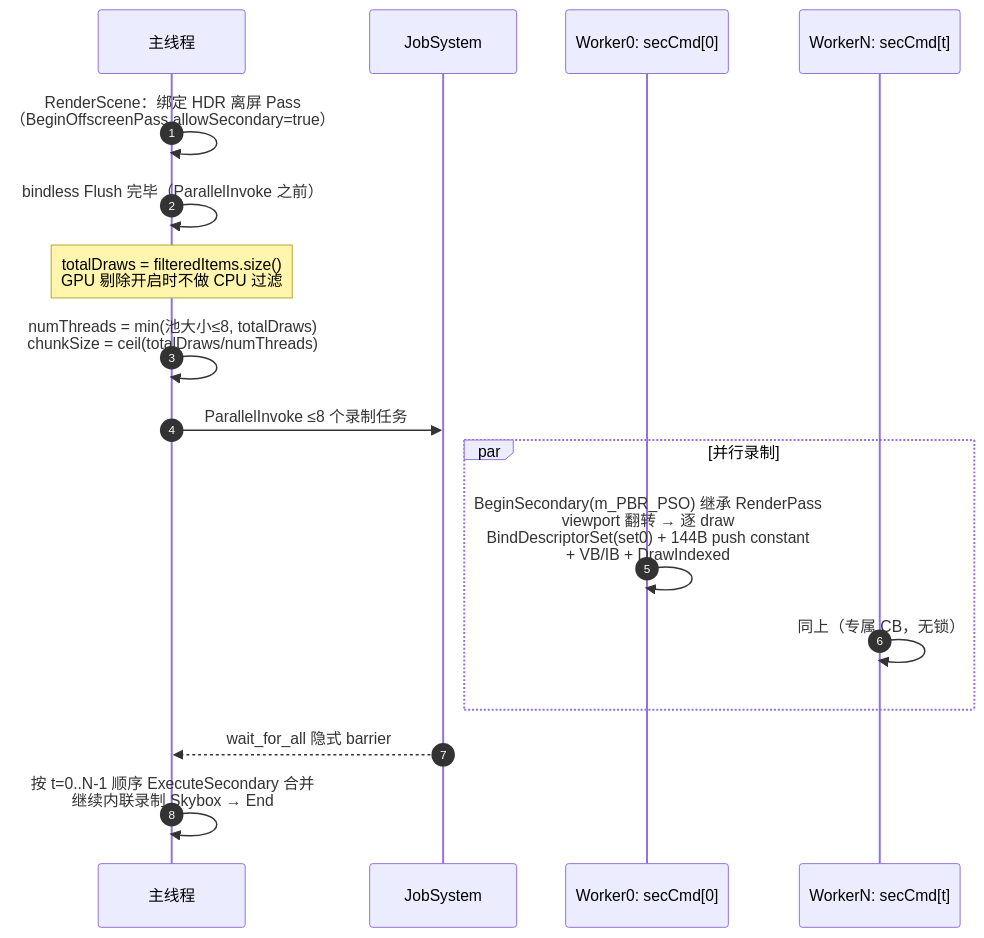
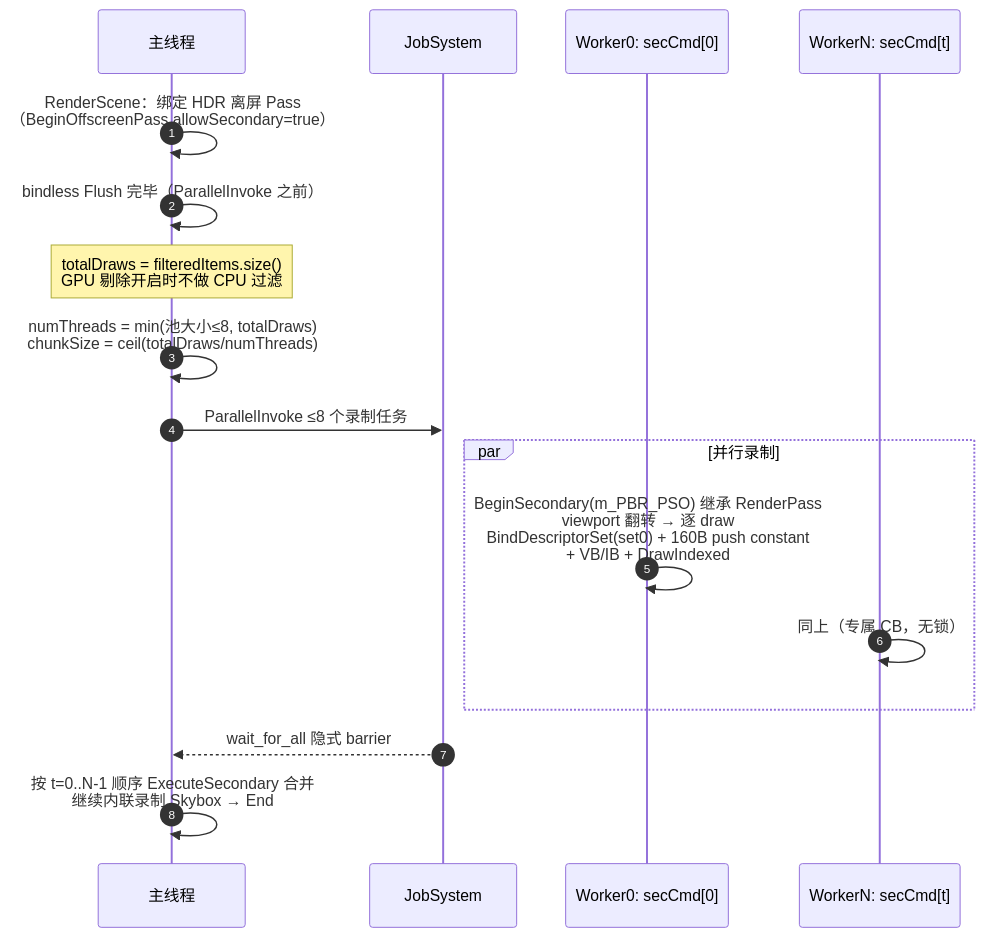
Before and after one commit to huguozhu/HugEngine: the fourth of 7 diagrams in docs/HugEngine引擎介绍/HugEngine多线程渲染实现分析.md, drawn with Mermaid. The commit also changed other lines of this file and 1 other file, not shown here.

````diff
--- a/docs/HugEngine引擎介绍/HugEngine多线程渲染实现分析.md
+++ b/docs/HugEngine引擎介绍/HugEngine多线程渲染实现分析.md
@@ -192,20 +196,20 @@
 ```mermaid
 sequenceDiagram
     autonumber
     participant Main as 主线程
     participant Job as JobSystem
     participant W0 as Worker0: secCmd[0]
     participant WN as WorkerN: secCmd[t]
 
     Main->>Main: RenderScene：绑定 HDR 离屏 Pass<br/>（BeginOffscreenPass allowSecondary=true）
     Main->>Main: bindless Flush 完毕（ParallelInvoke 之前）
     Note over Main: totalDraws = filteredItems.size()<br/>GPU 剔除开启时不做 CPU 过滤
     Main->>Main: numThreads = min(池大小≤8, totalDraws)<br/>chunkSize = ceil(totalDraws/numThreads)
     Main->>Job: ParallelInvoke ≤8 个录制任务
     par 并行录制
-        W0->>W0: BeginSecondary(m_PBR_PSO) 继承 RenderPass<br/>viewport 翻转 → 逐 draw<br/>BindDescriptorSet(set0) + 144B push constant<br/>+ VB/IB + DrawIndexed
+        W0->>W0: BeginSecondary(m_PBR_PSO) 继承 RenderPass<br/>viewport 翻转 → 逐 draw<br/>BindDescriptorSet(set0) + 160B push constant<br/>+ VB/IB + DrawIndexed
         WN->>WN: 同上（专属 CB，无锁）
     end
     Job-->>Main: wait_for_all 隐式 barrier
     Main->>Main: 按 t=0..N-1 顺序 ExecuteSecondary 合并<br/>继续内联录制 Skybox → End
 ```
````
